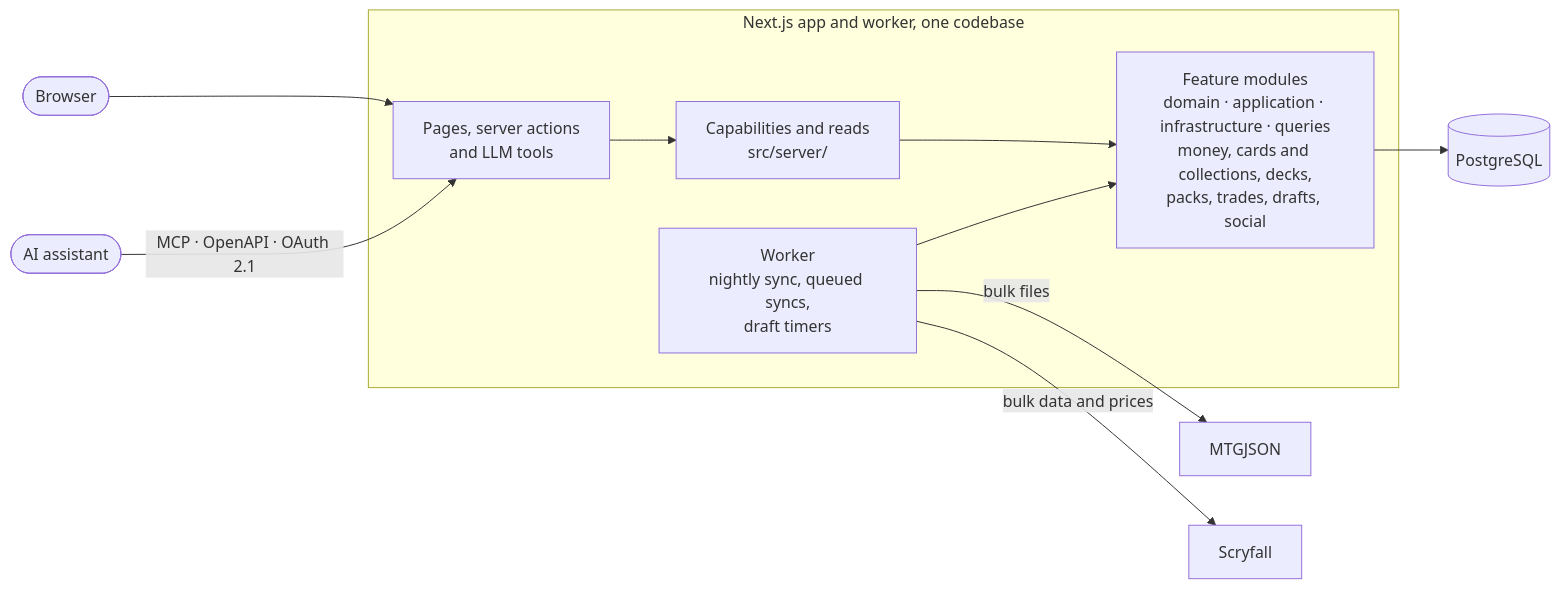
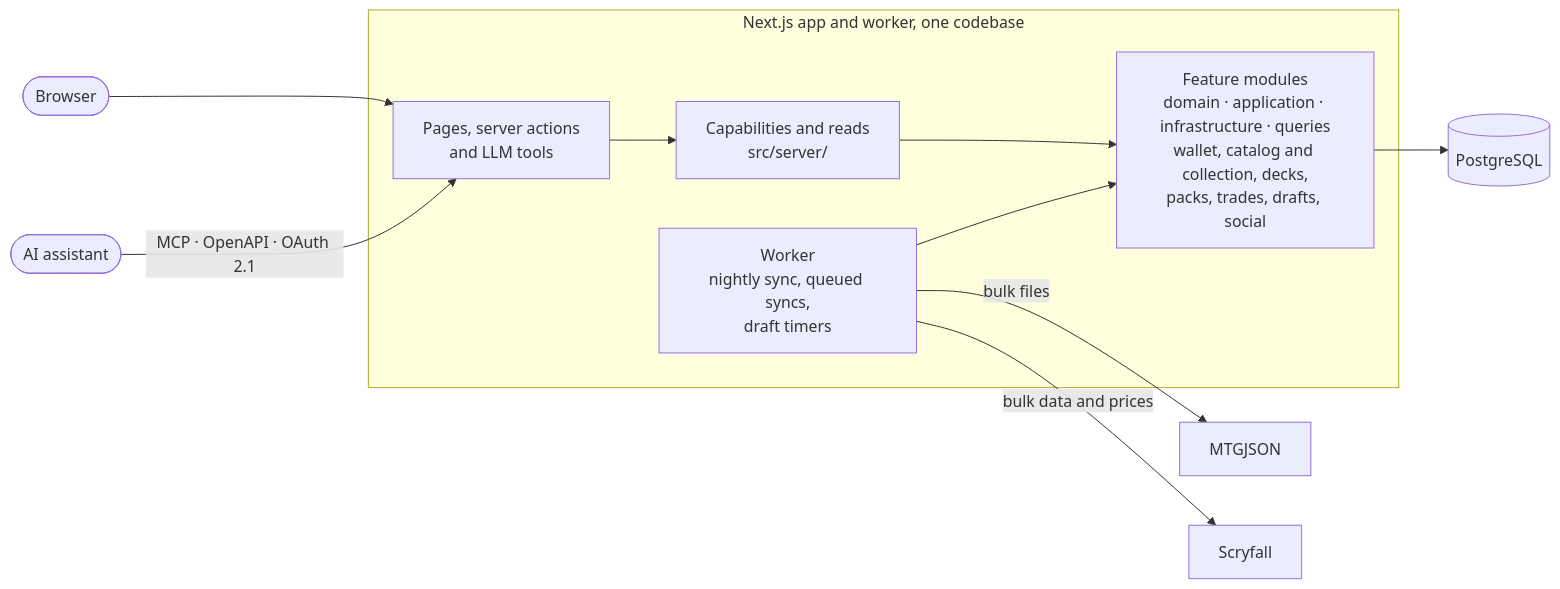
The diagram in README.md (jstehn/proxy-library), drawn with Mermaid before and after one commit. The commit also changed other lines of this file and 15 other files, not shown here.

````diff
--- a/README.md
+++ b/README.md
@@ -63,16 +63,16 @@
 ```mermaid
 flowchart LR
   browser([Browser]) --> app
   assistant([AI assistant]) -->|MCP · OpenAPI · OAuth 2.1| app
   subgraph server[Next.js app and worker, one codebase]
     app[Pages, server actions<br/>and LLM tools]
     core[Capabilities and reads<br/>src/server/]
-    modules[Feature modules<br/>domain · application · infrastructure · queries<br/>money, cards and collections, decks,<br/>packs, trades, drafts, social]
+    modules[Feature modules<br/>domain · application · infrastructure · queries<br/>wallet, catalog and collection, decks,<br/>packs, trades, drafts, social]
     worker[Worker<br/>nightly sync, queued syncs,<br/>draft timers]
     app --> core --> modules
     worker --> modules
   end
   modules --> db[(PostgreSQL)]
   worker -->|bulk files| mtgjson[MTGJSON]
   worker -->|bulk data and prices| scryfall[Scryfall]
 ```
````
